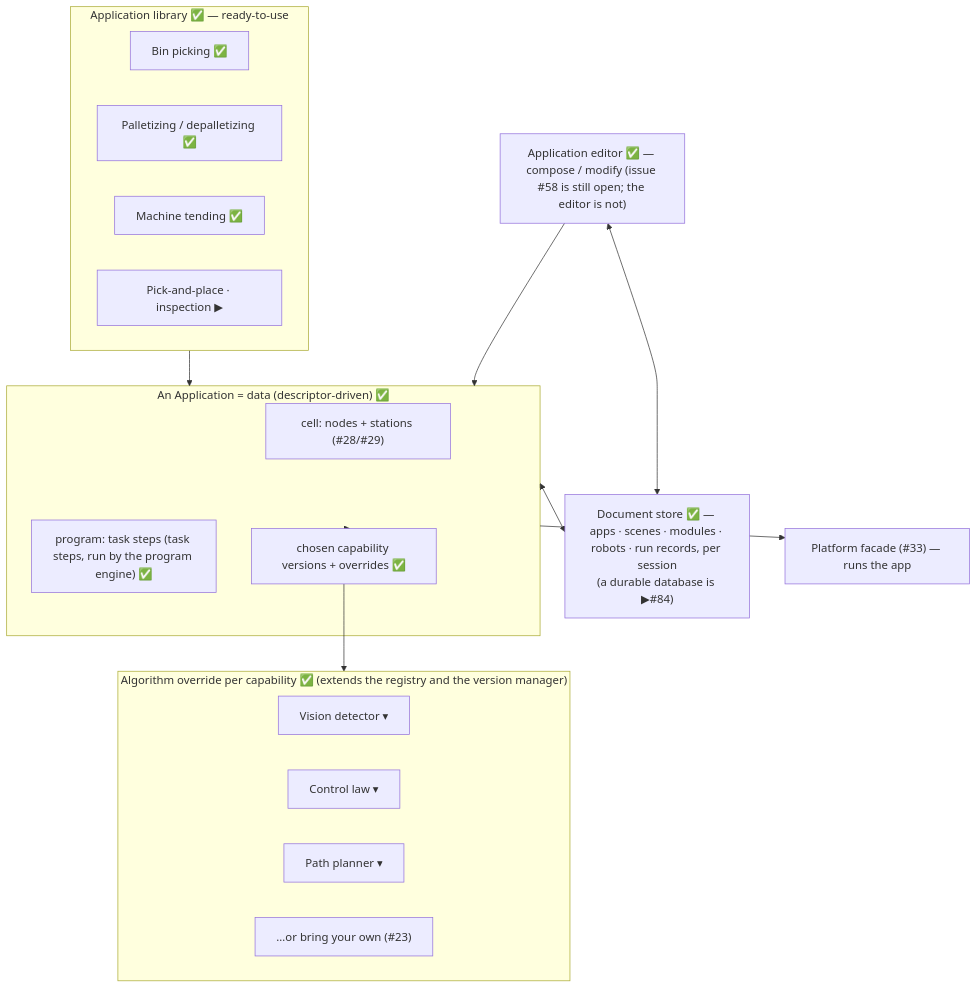
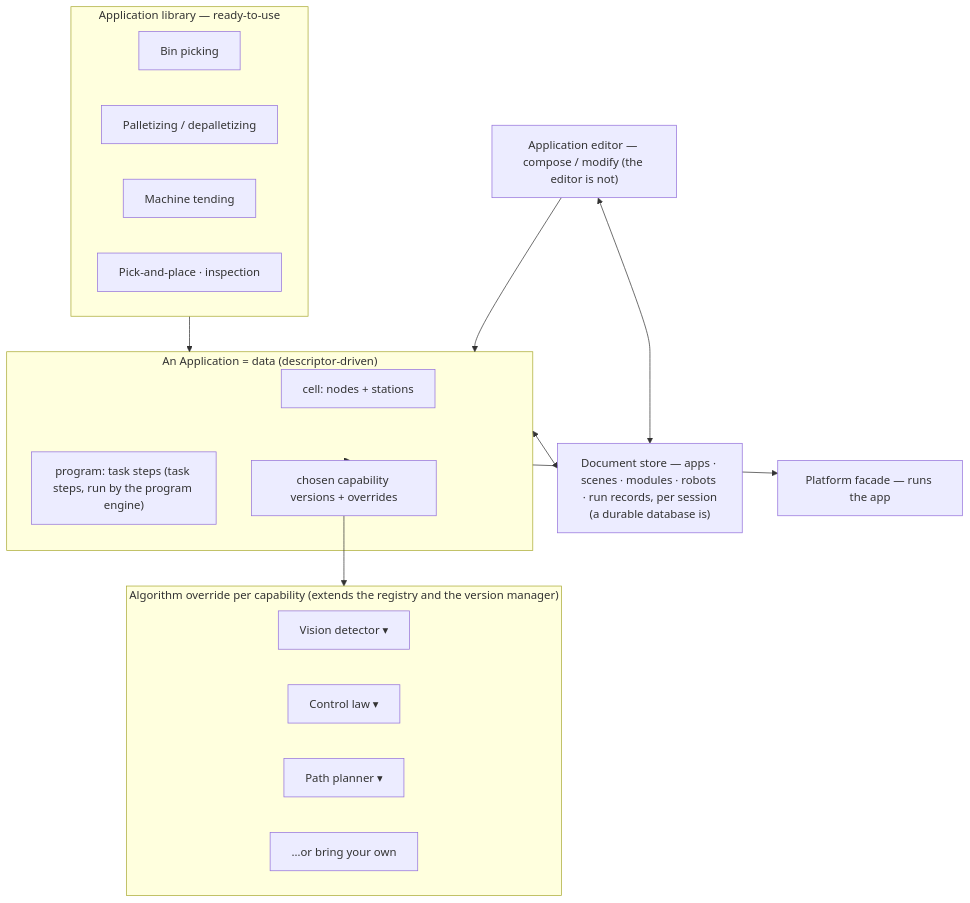
Before and after one commit to brmel/robonode: the third of 4 diagrams in docs/ARCHITECTURE.md, drawn with Mermaid. The commit also changed other lines of this file and 16 other files, not shown here.

````diff
--- a/docs/ARCHITECTURE.md
+++ b/docs/ARCHITECTURE.md
@@ -262,24 +276,24 @@
 ```mermaid
 flowchart TB
-  subgraph LIB["Application library ✅ — ready-to-use"]
-    A1["Bin picking ✅"] ; A2["Palletizing / depalletizing ✅"] ; A3["Machine tending ✅"] ; A4["Pick-and-place · inspection ▶"]
+  subgraph LIB["Application library — ready-to-use"]
+    A1["Bin picking"] ; A2["Palletizing / depalletizing"] ; A3["Machine tending"] ; A4["Pick-and-place · inspection"]
   end
-  subgraph APP["An Application = data (descriptor-driven) ✅"]
-    CELL["cell: nodes + stations (#28/#29)"]
-    PROG["program: task steps (task steps, run by the program engine) ✅"]
-    VERS["chosen capability versions + overrides ✅"]
+  subgraph APP["An Application = data (descriptor-driven)"]
+    CELL["cell: nodes + stations"]
+    PROG["program: task steps (task steps, run by the program engine)"]
+    VERS["chosen capability versions + overrides"]
   end
-  subgraph OVR["Algorithm override per capability ✅ (extends the registry and the version manager)"]
-    V["Vision detector ▾"] ; C["Control law ▾"] ; P["Path planner ▾"] ; B["…or bring your own (#23)"]
+  subgraph OVR["Algorithm override per capability (extends the registry and the version manager)"]
+    V["Vision detector ▾"] ; C["Control law ▾"] ; P["Path planner ▾"] ; B["…or bring your own"]
   end
-  EDIT["Application editor ✅ — compose / modify (issue #58 is still open; the editor is not)"]
-  DB["Document store ✅ — apps · scenes · modules · robots · run records, per session<br/>(a durable database is ▶#84)"]
-  FACADE["Platform facade (#33) — runs the app"]
+  EDIT["Application editor — compose / modify (the editor is not)"]
+  DB["Document store — apps · scenes · modules · robots · run records, per session<br/>(a durable database is)"]
+  FACADE["Platform facade — runs the app"]
 
   LIB --> APP
   EDIT --> APP
   APP --> VERS --> OVR
   APP --> FACADE
   APP <--> DB
   EDIT <--> DB
 ```
````
